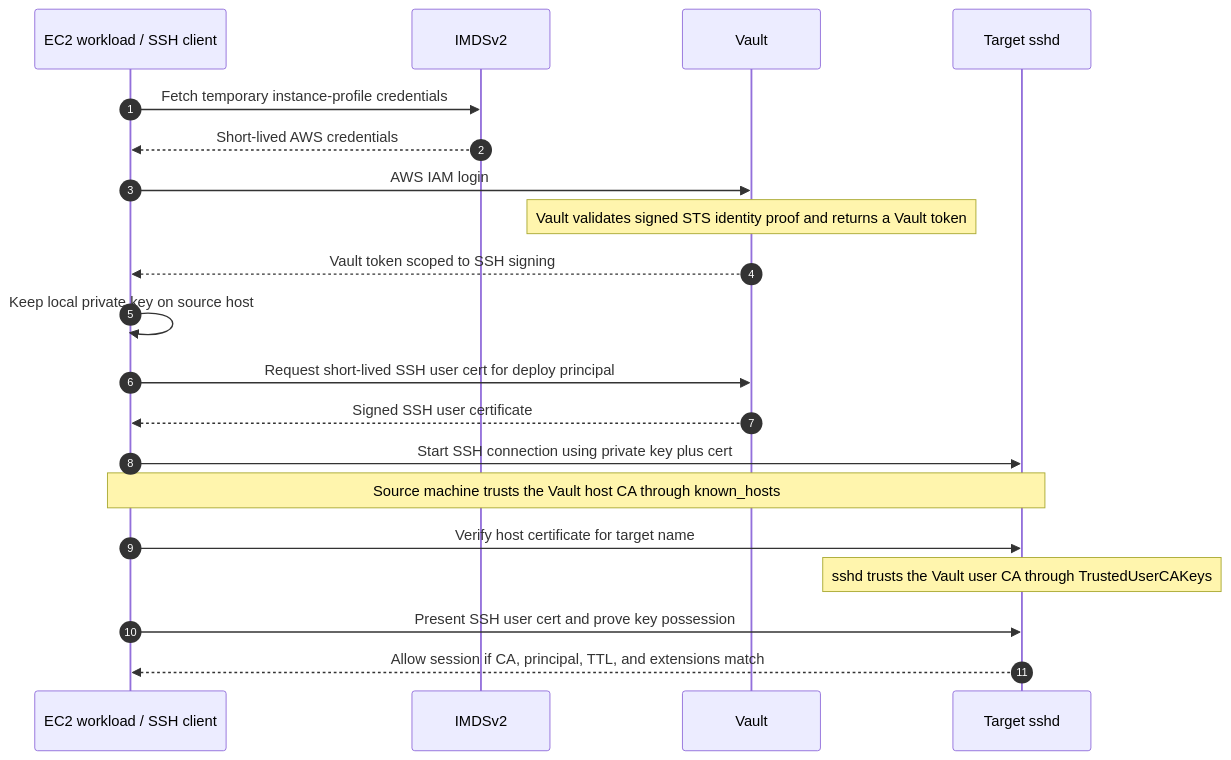
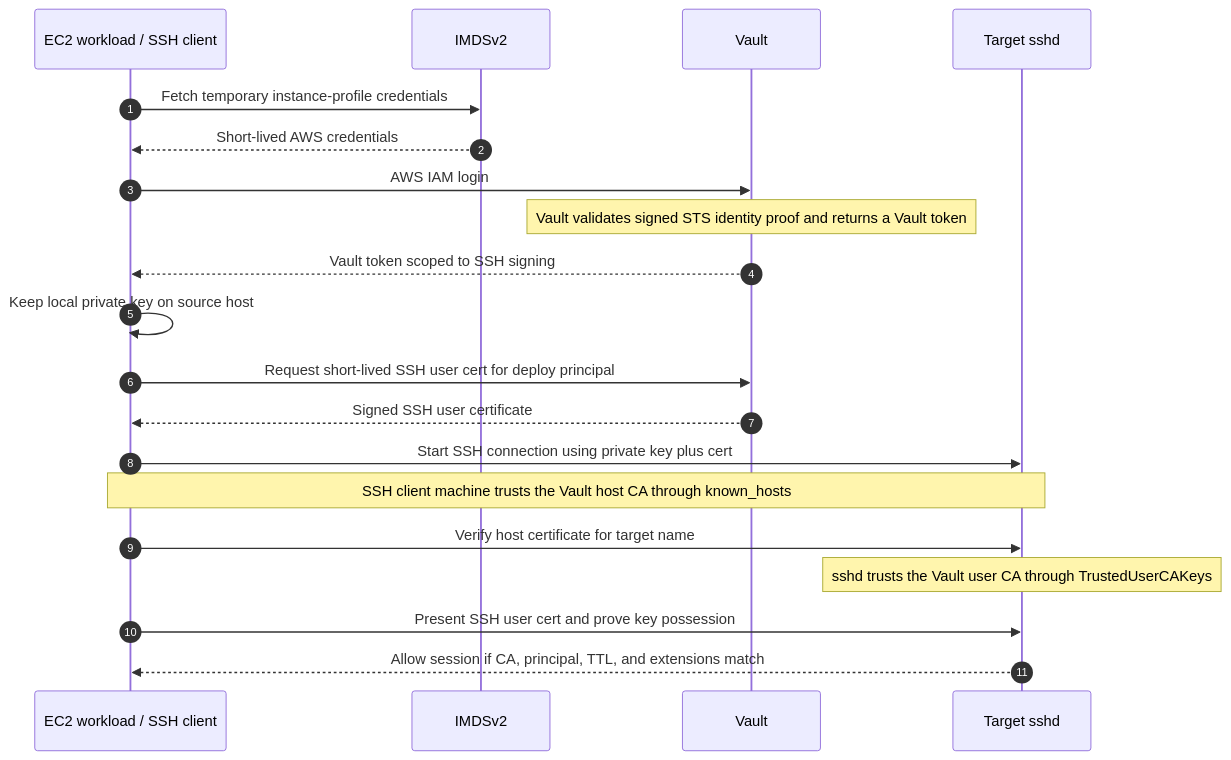
Before and after one commit to songlining/ssh-demo: the diagram in README.md, drawn with Mermaid. The commit also changed 1 other file, not shown here.

Commit message:
name change

````diff
--- a/README.md
+++ b/README.md
@@ -179,23 +179,23 @@
 ```mermaid
 sequenceDiagram
   autonumber
   participant W as EC2 workload / SSH client
   participant I as IMDSv2
   participant V as Vault
   participant T as Target sshd
 
   W->>I: Fetch temporary instance-profile credentials
   I-->>W: Short-lived AWS credentials
   W->>V: AWS IAM login
   Note over V: Vault validates signed STS identity proof and returns a Vault token
   V-->>W: Vault token scoped to SSH signing
   W->>W: Keep local private key on source host
   W->>V: Request short-lived SSH user cert for deploy principal
   V-->>W: Signed SSH user certificate
   W->>T: Start SSH connection using private key plus cert
-  Note over W,T: Source machine trusts the Vault host CA through known_hosts
+  Note over W,T: SSH client machine trusts the Vault host CA through known_hosts
   W->>T: Verify host certificate for target name
   Note over T: sshd trusts the Vault user CA through TrustedUserCAKeys
   W->>T: Present SSH user cert and prove key possession
   T-->>W: Allow session if CA, principal, TTL, and extensions match
 ```
````
